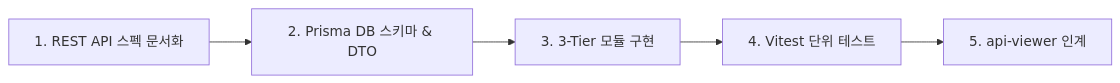
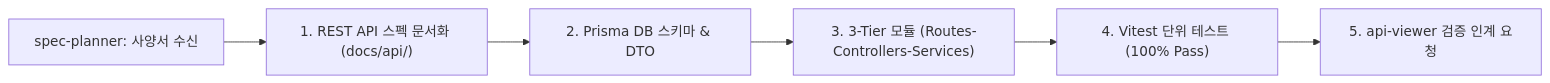
The diagram in .agents/agents/backend-developer.md (worean/antigravity-workflow), drawn with Mermaid before and after one commit. The commit also changed other lines of this file and 23 other files, not shown here.

````diff
--- a/.agents/agents/backend-developer.md
+++ b/.agents/agents/backend-developer.md
@@ -16,7 +44,8 @@
 ```mermaid
 flowchart LR
-    B1[1. REST API 스펙 문서화] --> B2[2. Prisma DB 스키마 & DTO]
-    B2 --> B3[3. 3-Tier 모듈 구현]
-    B3 --> B4[4. Vitest 단위 테스트]
-    B4 --> B5[5. api-viewer 인계]
+    SP["spec-planner: 사양서 수신"] --> B1["1. REST API 스펙 문서화 (docs/api/)"]
+    B1 --> B2["2. Prisma DB 스키마 & DTO"]
+    B2 --> B3["3. 3-Tier 모듈 (Routes-Controllers-Services)"]
+    B3 --> B4["4. Vitest 단위 테스트 (100% Pass)"]
+    B4 --> B5["5. api-viewer 검증 인계 요청"]
 ```
````
